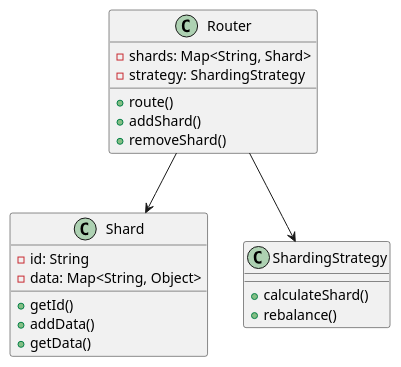
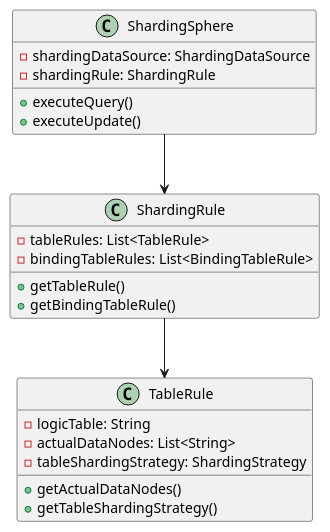
One commit to fine5351/info-sync changed the second of 3 diagrams in doc/learning/architecture/database_sharding_tutorial.md. Above: the diagram before and after it, drawn with PlantUML. The commit also changed other lines of this file and 9 other files, not shown here.

````diff
--- a/doc/learning/architecture/database_sharding_tutorial.md
+++ b/doc/learning/architecture/database_sharding_tutorial.md
@@ -100,27 +145,28 @@
 ```plantuml
 @startuml
-class Shard {
-    - id: String
-    - data: Map<String, Object>
-    + getId()
-    + addData()
-    + getData()
+class ShardingSphere {
+    - shardingDataSource: ShardingDataSource
+    - shardingRule: ShardingRule
+    + executeQuery()
+    + executeUpdate()
 }
 
-class Router {
-    - shards: Map<String, Shard>
-    - strategy: ShardingStrategy
-    + route()
-    + addShard()
-    + removeShard()
+class ShardingRule {
+    - tableRules: List<TableRule>
+    - bindingTableRules: List<BindingTableRule>
+    + getTableRule()
+    + getBindingTableRule()
 }
 
-class ShardingStrategy {
-    + calculateShard()
-    + rebalance()
+class TableRule {
+    - logicTable: String
+    - actualDataNodes: List<String>
+    - tableShardingStrategy: ShardingStrategy
+    + getActualDataNodes()
+    + getTableShardingStrategy()
 }
 
-Router --> Shard
-Router --> ShardingStrategy
+ShardingSphere --> ShardingRule
+ShardingRule --> TableRule
 @enduml
 ```
````
